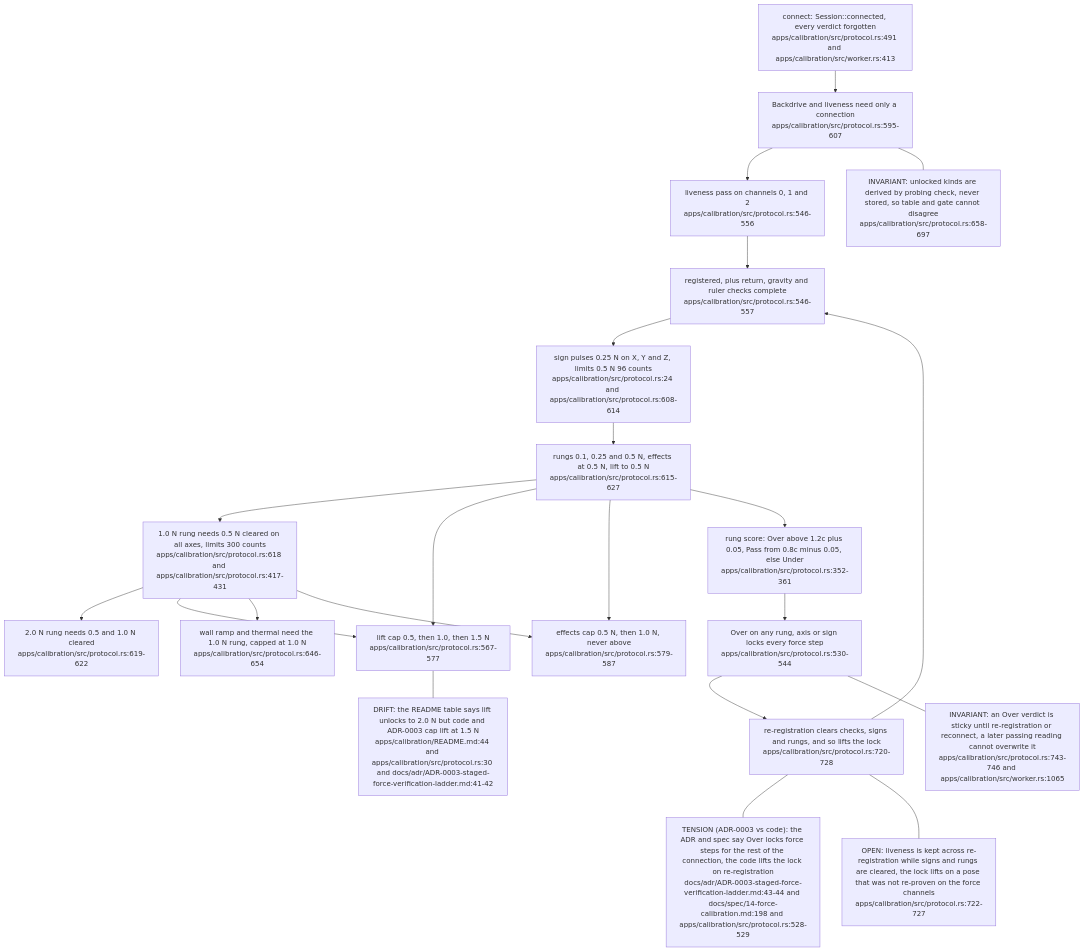
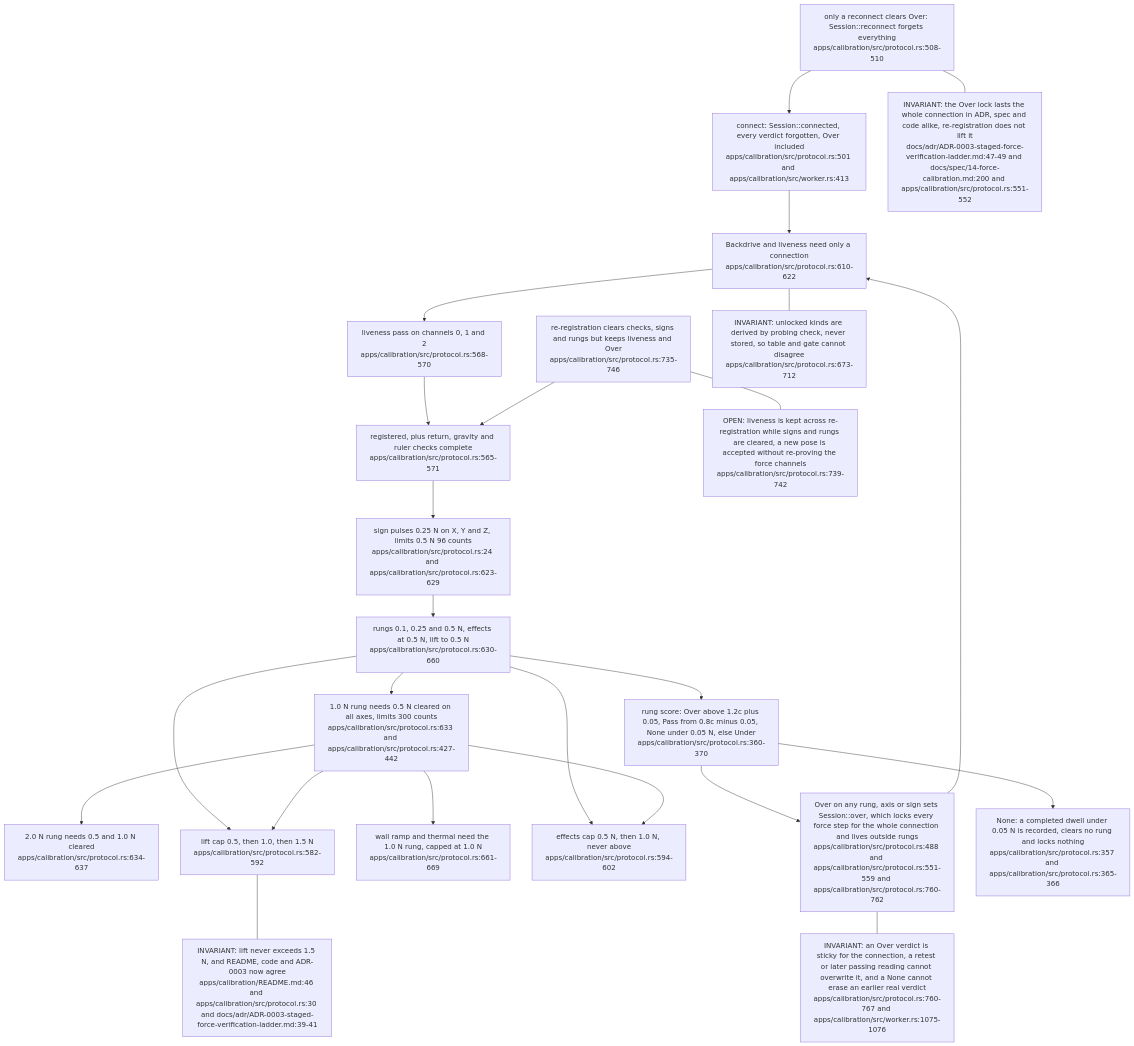
One commit to DreamLab-AI/VisionFlow changed the second of 6 diagrams in docs/diagrams/visiontouch-rs/08-calibration-studio-and-verification-ladder.md. Above: the diagram before and after it, drawn with Mermaid. The commit also changed other lines of this file and 9 other files, not shown here.

Commit message:
docs(diagrams): re-stamp VT-01 to VT-08 at visiontouch-rs 77898bc

````diff
--- a/docs/diagrams/visiontouch-rs/08-calibration-studio-and-verification-ladder.md
+++ b/docs/diagrams/visiontouch-rs/08-calibration-studio-and-verification-ladder.md
@@ -73,43 +73,47 @@
 ```mermaid
 flowchart TB
-    CON["connect: Session::connected, every verdict forgotten<br/>apps/calibration/src/protocol.rs:491 and apps/calibration/src/worker.rs:413"]
-    BASE["Backdrive and liveness need only a connection<br/>apps/calibration/src/protocol.rs:595-607"]
-    LIVE["liveness pass on channels 0, 1 and 2<br/>apps/calibration/src/protocol.rs:546-556"]
-    REG["registered, plus return, gravity and ruler checks complete<br/>apps/calibration/src/protocol.rs:546-557"]
-    SIGN["sign pulses 0.25 N on X, Y and Z, limits 0.5 N 96 counts<br/>apps/calibration/src/protocol.rs:24 and apps/calibration/src/protocol.rs:608-614"]
-    R1["rungs 0.1, 0.25 and 0.5 N, effects at 0.5 N, lift to 0.5 N<br/>apps/calibration/src/protocol.rs:615-627"]
-    R2["1.0 N rung needs 0.5 N cleared on all axes, limits 300 counts<br/>apps/calibration/src/protocol.rs:618 and apps/calibration/src/protocol.rs:417-431"]
-    R3["2.0 N rung needs 0.5 and 1.0 N cleared<br/>apps/calibration/src/protocol.rs:619-622"]
-    LIFT["lift cap 0.5, then 1.0, then 1.5 N<br/>apps/calibration/src/protocol.rs:567-577"]
-    WALL["wall ramp and thermal need the 1.0 N rung, capped at 1.0 N<br/>apps/calibration/src/protocol.rs:646-654"]
-    FX["effects cap 0.5 N, then 1.0 N, never above<br/>apps/calibration/src/protocol.rs:579-587"]
-    OVER["Over on any rung, axis or sign locks every force step<br/>apps/calibration/src/protocol.rs:530-544"]
-    CLR["re-registration clears checks, signs and rungs, and so lifts the lock<br/>apps/calibration/src/protocol.rs:720-728"]
-    SCORE["rung score: Over above 1.2c plus 0.05, Pass from 0.8c minus 0.05, else Under<br/>apps/calibration/src/protocol.rs:352-361"]
+    CON["connect: Session::connected, every verdict forgotten, Over included<br/>apps/calibration/src/protocol.rs:501 and apps/calibration/src/worker.rs:413"]
+    BASE["Backdrive and liveness need only a connection<br/>apps/calibration/src/protocol.rs:610-622"]
+    LIVE["liveness pass on channels 0, 1 and 2<br/>apps/calibration/src/protocol.rs:568-570"]
+    REG["registered, plus return, gravity and ruler checks complete<br/>apps/calibration/src/protocol.rs:565-571"]
+    SIGN["sign pulses 0.25 N on X, Y and Z, limits 0.5 N 96 counts<br/>apps/calibration/src/protocol.rs:24 and apps/calibration/src/protocol.rs:623-629"]
+    R1["rungs 0.1, 0.25 and 0.5 N, effects at 0.5 N, lift to 0.5 N<br/>apps/calibration/src/protocol.rs:630-660"]
+    R2["1.0 N rung needs 0.5 N cleared on all axes, limits 300 counts<br/>apps/calibration/src/protocol.rs:633 and apps/calibration/src/protocol.rs:427-442"]
+    R3["2.0 N rung needs 0.5 and 1.0 N cleared<br/>apps/calibration/src/protocol.rs:634-637"]
+    LIFT["lift cap 0.5, then 1.0, then 1.5 N<br/>apps/calibration/src/protocol.rs:582-592"]
+    WALL["wall ramp and thermal need the 1.0 N rung, capped at 1.0 N<br/>apps/calibration/src/protocol.rs:661-669"]
+    FX["effects cap 0.5 N, then 1.0 N, never above<br/>apps/calibration/src/protocol.rs:594-602"]
+    OVER["Over on any rung, axis or sign sets Session::over, which locks every force step for the whole connection and lives outside rungs<br/>apps/calibration/src/protocol.rs:488 and apps/calibration/src/protocol.rs:551-559 and apps/calibration/src/protocol.rs:760-762"]
+    CLR["re-registration clears checks, signs and rungs but keeps liveness and Over<br/>apps/calibration/src/protocol.rs:735-746"]
+    RECON["only a reconnect clears Over: Session::reconnect forgets everything<br/>apps/calibration/src/protocol.rs:508-510"]
+    NONE["None: a completed dwell under 0.05 N is recorded, clears no rung and locks nothing<br/>apps/calibration/src/protocol.rs:357 and apps/calibration/src/protocol.rs:365-366"]
+    SCORE["rung score: Over above 1.2c plus 0.05, Pass from 0.8c minus 0.05, None under 0.05 N, else Under<br/>apps/calibration/src/protocol.rs:360-370"]
     CON --> BASE
     BASE --> LIVE
     LIVE --> REG
     REG --> SIGN
     SIGN --> R1
     R1 --> R2
     R2 --> R3
     R1 --> LIFT
     R2 --> LIFT
     R2 --> WALL
     R1 --> FX
     R2 --> FX
     R1 --> SCORE
     SCORE --> OVER
-    OVER --> CLR
+    SCORE --> NONE
+    OVER --> BASE
     CLR --> REG
-    N1["INVARIANT: an Over verdict is sticky until re-registration or reconnect, a later passing reading cannot overwrite it<br/>apps/calibration/src/protocol.rs:743-746 and apps/calibration/src/worker.rs:1065"]
-    N2["INVARIANT: unlocked kinds are derived by probing check, never stored, so table and gate cannot disagree<br/>apps/calibration/src/protocol.rs:658-697"]
-    N3["DRIFT: the README table says lift unlocks to 2.0 N but code and ADR-0003 cap lift at 1.5 N<br/>apps/calibration/README.md:44 and apps/calibration/src/protocol.rs:30 and docs/adr/ADR-0003-staged-force-verification-ladder.md:41-42"]
-    N4["OPEN: liveness is kept across re-registration while signs and rungs are cleared, the lock lifts on a pose that was not re-proven on the force channels<br/>apps/calibration/src/protocol.rs:722-727"]
-    N5["TENSION (ADR-0003 vs code): the ADR and spec say Over locks force steps for the rest of the connection, the code lifts the lock on re-registration<br/>docs/adr/ADR-0003-staged-force-verification-ladder.md:43-44 and docs/spec/14-force-calibration.md:198 and apps/calibration/src/protocol.rs:528-529"]
+    RECON --> CON
+    N1["INVARIANT: an Over verdict is sticky for the connection, a retest or later passing reading cannot overwrite it, and a None cannot erase an earlier real verdict<br/>apps/calibration/src/protocol.rs:760-767 and apps/calibration/src/worker.rs:1075-1076"]
+    N2["INVARIANT: unlocked kinds are derived by probing check, never stored, so table and gate cannot disagree<br/>apps/calibration/src/protocol.rs:673-712"]
+    N3["INVARIANT: lift never exceeds 1.5 N, and README, code and ADR-0003 now agree<br/>apps/calibration/README.md:46 and apps/calibration/src/protocol.rs:30 and docs/adr/ADR-0003-staged-force-verification-ladder.md:39-41"]
+    N4["OPEN: liveness is kept across re-registration while signs and rungs are cleared, a new pose is accepted without re-proving the force channels<br/>apps/calibration/src/protocol.rs:739-742"]
+    N5["INVARIANT: the Over lock lasts the whole connection in ADR, spec and code alike, re-registration does not lift it<br/>docs/adr/ADR-0003-staged-force-verification-ladder.md:47-49 and docs/spec/14-force-calibration.md:200 and apps/calibration/src/protocol.rs:551-552"]
     OVER --- N1
-    CLR --- N5
+    RECON --- N5
     BASE --- N2
     LIFT --- N3
     CLR --- N4
 ```
````
